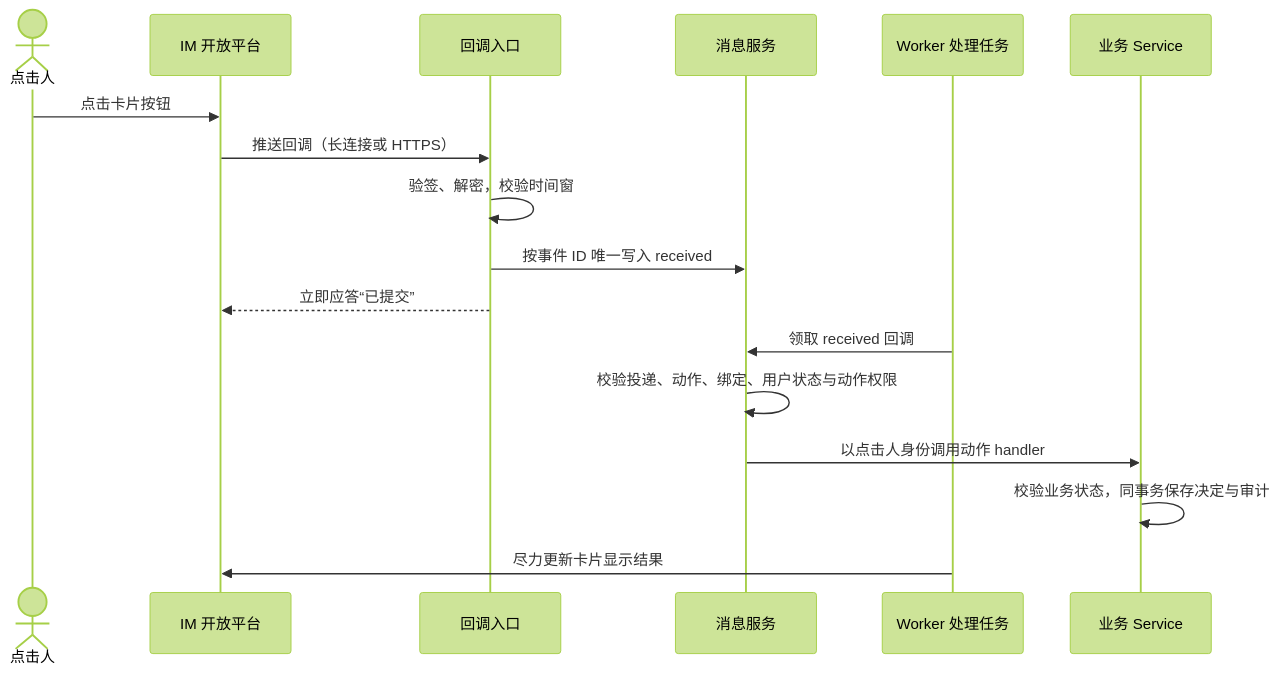
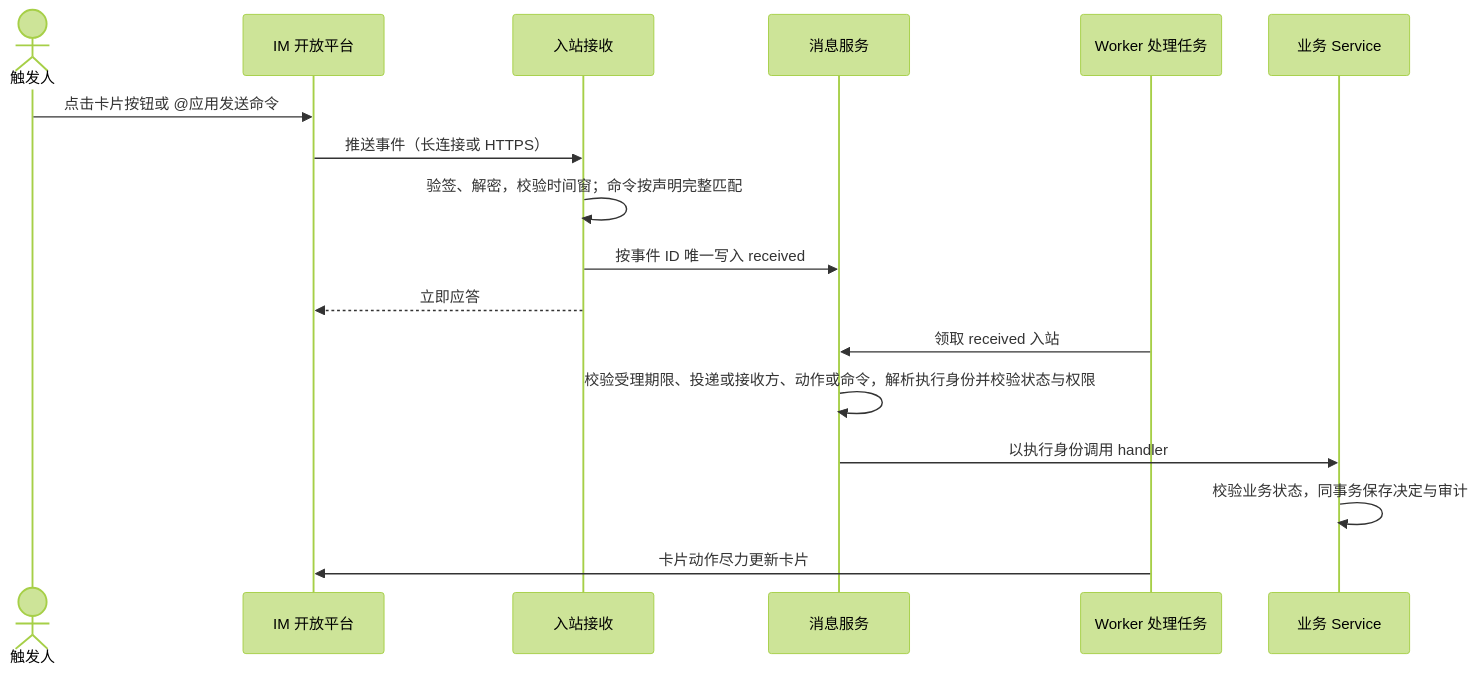
One commit to pfjhyyj/keystone changed the third of 3 diagrams in docs/domains/messaging.md. Above: the diagram before and after it, drawn with Mermaid (forest theme). The commit also changed other lines of this file, not shown here.

````diff
--- a/docs/domains/messaging.md
+++ b/docs/domains/messaging.md
@@ -124,19 +158,19 @@
 ```mermaid
 sequenceDiagram
-    actor U as 点击人
+    actor U as 触发人
     participant P as IM 开放平台
-    participant I as 回调入口
+    participant I as 入站接收
     participant M as 消息服务
     participant W as Worker 处理任务
     participant B as 业务 Service
-    U->>P: 点击卡片按钮
-    P->>I: 推送回调（长连接或 HTTPS）
-    I->>I: 验签、解密，校验时间窗
+    U->>P: 点击卡片按钮或 @应用发送命令
+    P->>I: 推送事件（长连接或 HTTPS）
+    I->>I: 验签、解密，校验时间窗；命令按声明完整匹配
     I->>M: 按事件 ID 唯一写入 received
-    I-->>P: 立即应答“已提交”
-    W->>M: 领取 received 回调
-    M->>M: 校验投递、动作、绑定、用户状态与动作权限
-    M->>B: 以点击人身份调用动作 handler
+    I-->>P: 立即应答
+    W->>M: 领取 received 入站
+    M->>M: 校验受理期限、投递或接收方、动作或命令，解析执行身份并校验状态与权限
+    M->>B: 以执行身份调用 handler
     B->>B: 校验业务状态，同事务保存决定与审计
-    W->>P: 尽力更新卡片显示结果
+    W->>P: 卡片动作尽力更新卡片
 ```
````
